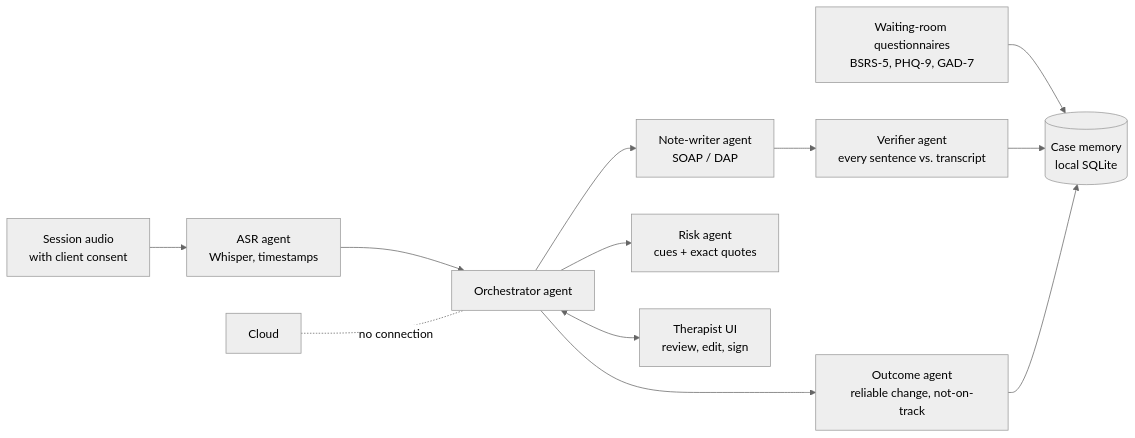
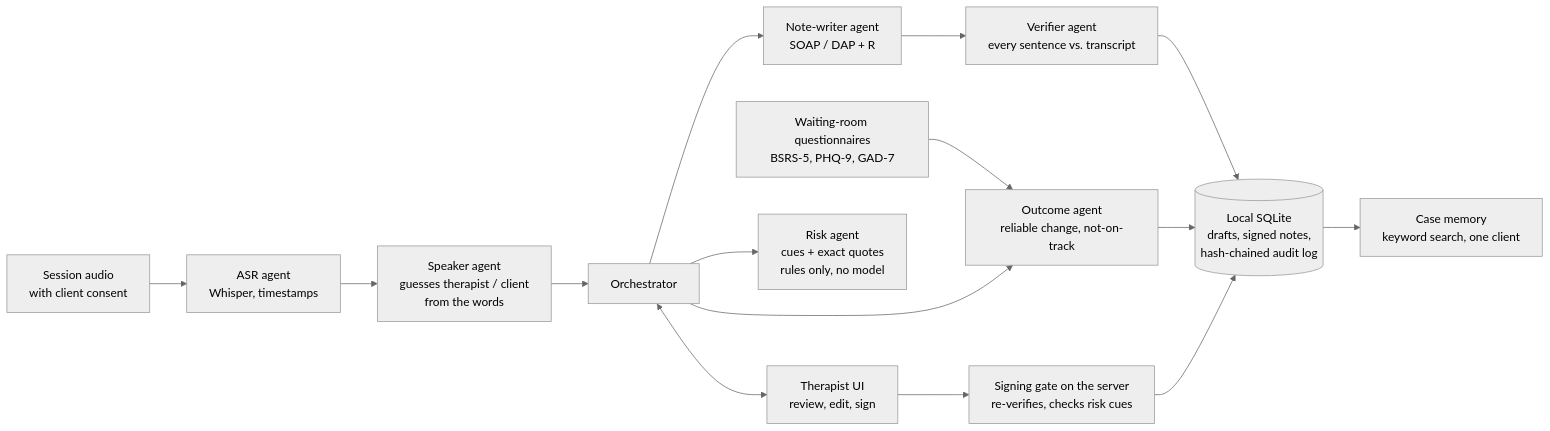
The first of 2 diagrams in README.md (chenalan1109/haven-copilot), drawn with Mermaid (neutral theme) before and after one commit. The commit also changed other lines of this file and 12 other files, not shown here.

````diff
--- a/README.md
+++ b/README.md
@@ -17,14 +29,17 @@
 ```mermaid
 flowchart LR
     A[Session audio<br/>with client consent] --> ASR[ASR agent<br/>Whisper, timestamps]
-    Q[Waiting-room questionnaires<br/>BSRS-5, PHQ-9, GAD-7] --> MEM
-    ASR --> ORCH[Orchestrator agent]
-    ORCH --> W[Note-writer agent<br/>SOAP / DAP]
+    ASR --> SPK[Speaker agent<br/>guesses therapist / client<br/>from the words]
+    Q[Waiting-room questionnaires<br/>BSRS-5, PHQ-9, GAD-7] --> O
+    SPK --> ORCH[Orchestrator]
+    ORCH --> W[Note-writer agent<br/>SOAP / DAP + R]
     W --> V[Verifier agent<br/>every sentence vs. transcript]
-    ORCH --> R[Risk agent<br/>cues + exact quotes]
+    ORCH --> R[Risk agent<br/>cues + exact quotes<br/>rules only, no model]
     ORCH --> O[Outcome agent<br/>reliable change, not-on-track]
-    V --> MEM[(Case memory<br/>local SQLite)]
-    O --> MEM
+    V --> DB[(Local SQLite<br/>drafts, signed notes,<br/>hash-chained audit log)]
+    O --> DB
+    DB --> MEM[Case memory<br/>keyword search, one client]
     ORCH <--> UI[Therapist UI<br/>review, edit, sign]
-    X[Cloud] -. no connection .- ORCH
+    UI --> SIGN[Signing gate on the server<br/>re-verifies, checks risk cues]
+    SIGN --> DB
 ```
````
